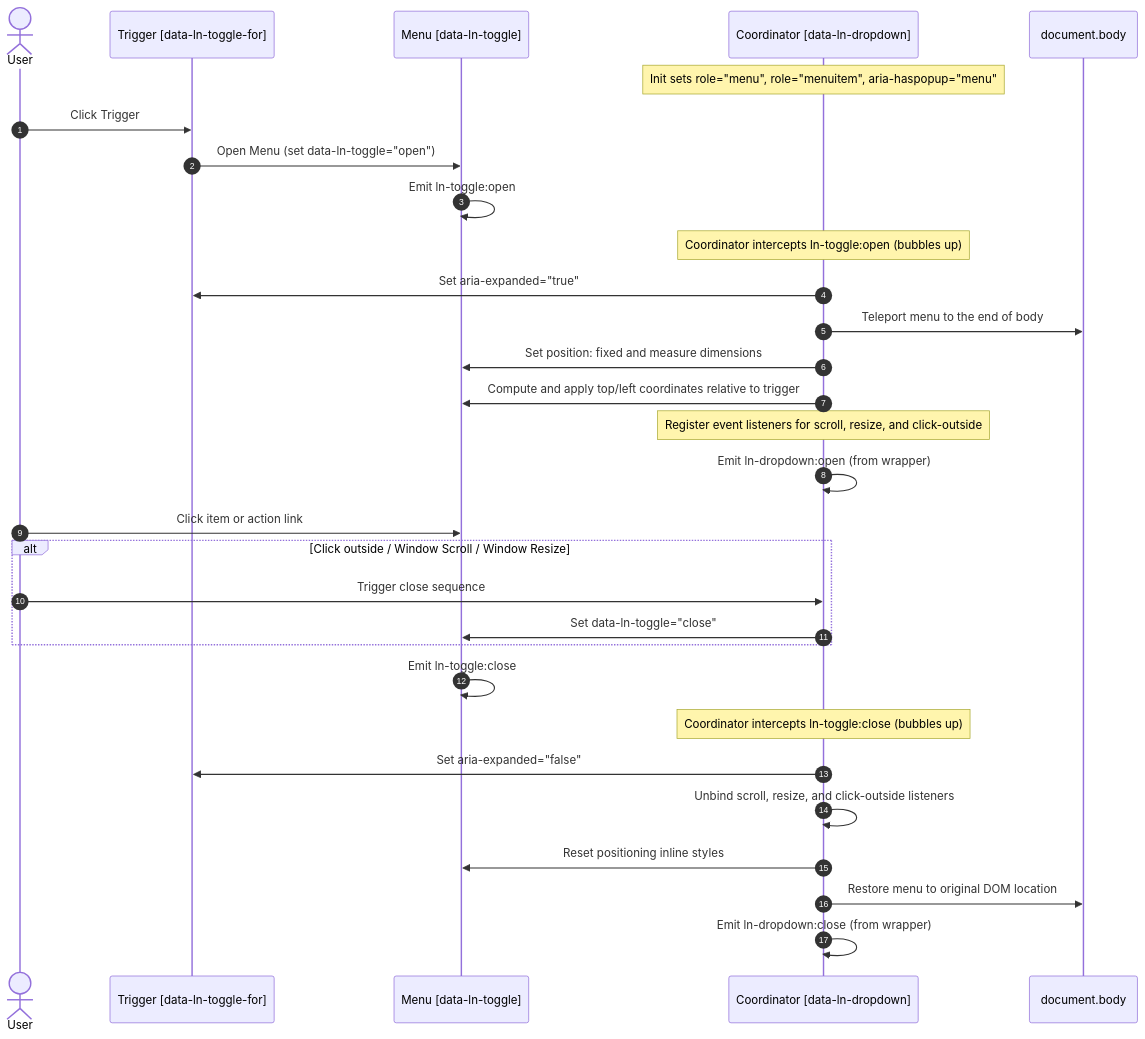
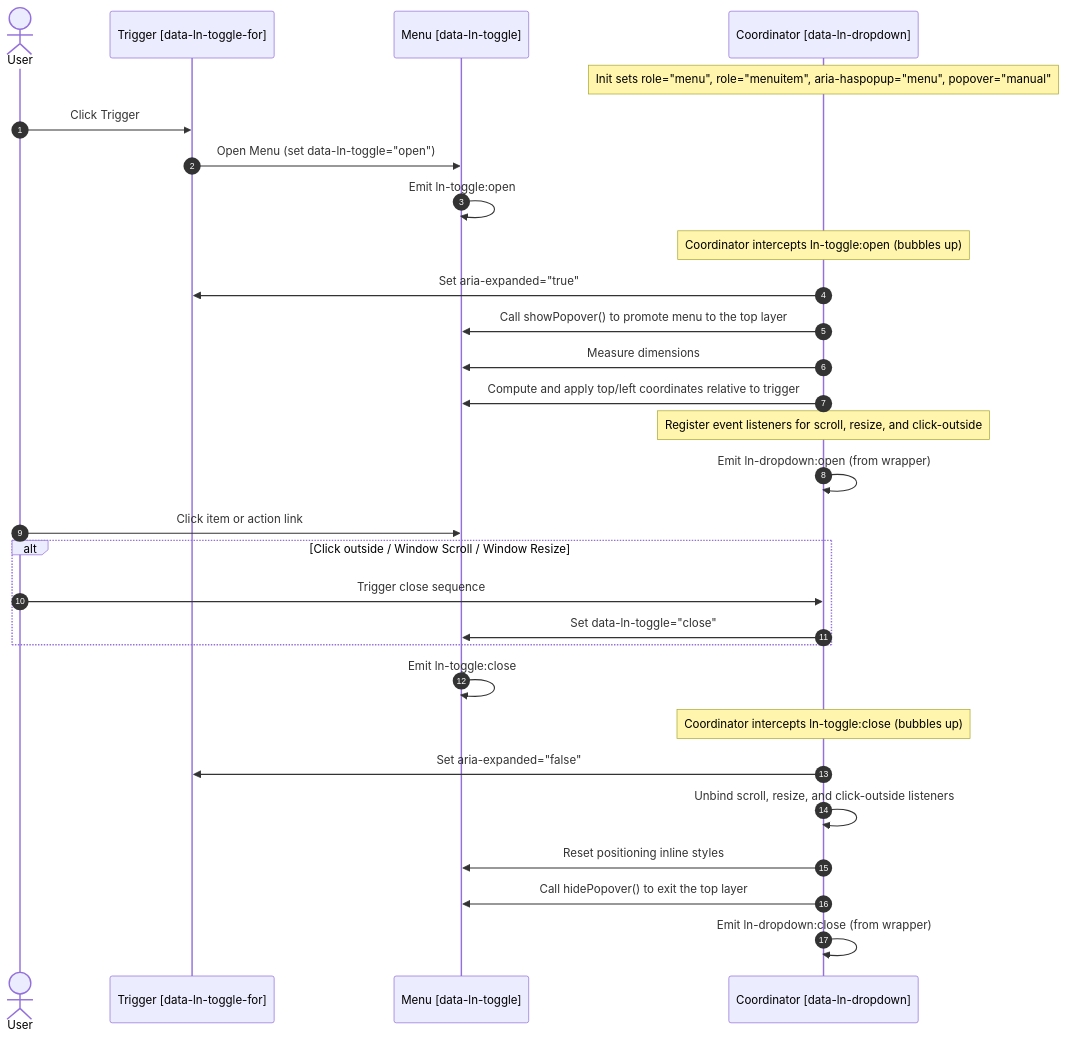
The diagram in docs-mcp/components/ln-dropdown.md (livenetworks/ln-ashlar), drawn with Mermaid before and after one commit. The commit also changed other lines of this file and 110 other files, not shown here.

First line of the commit message:
feat!: native <dialog> top-layer modal + Popover API dropdown/popover — delete teleport & z-index elevation

````diff
--- a/docs-mcp/components/ln-dropdown.md
+++ b/docs-mcp/components/ln-dropdown.md
@@ -341,39 +328,38 @@
 ```mermaid
 sequenceDiagram
     autonumber
     actor User
     participant Trigger as Trigger [data-ln-toggle-for]
     participant Toggle as Menu [data-ln-toggle]
     participant Coordinator as Coordinator [data-ln-dropdown]
-    participant Body as document.body
     
-    Note over Coordinator: Init sets role="menu", role="menuitem", aria-haspopup="menu"
+    Note over Coordinator: Init sets role="menu", role="menuitem", aria-haspopup="menu", popover="manual"
     
     User->>Trigger: Click Trigger
     Trigger->>Toggle: Open Menu (set data-ln-toggle="open")
     Toggle->>Toggle: Emit ln-toggle:open
     
     Note over Coordinator: Coordinator intercepts ln-toggle:open (bubbles up)
     Coordinator->>Trigger: Set aria-expanded="true"
-    Coordinator->>Body: Teleport menu to the end of body
-    Coordinator->>Toggle: Set position: fixed and measure dimensions
+    Coordinator->>Toggle: Call showPopover() to promote menu to the top layer
+    Coordinator->>Toggle: Measure dimensions
     Coordinator->>Toggle: Compute and apply top/left coordinates relative to trigger
     Note over Coordinator: Register event listeners for scroll, resize, and click-outside
     Coordinator->>Coordinator: Emit ln-dropdown:open (from wrapper)
 
     User->>Toggle: Click item or action link
     
     alt Click outside / Window Scroll / Window Resize
         User->>Coordinator: Trigger close sequence
         Coordinator->>Toggle: Set data-ln-toggle="close"
     end
     
     Toggle->>Toggle: Emit ln-toggle:close
     
     Note over Coordinator: Coordinator intercepts ln-toggle:close (bubbles up)
     Coordinator->>Trigger: Set aria-expanded="false"
     Coordinator->>Coordinator: Unbind scroll, resize, and click-outside listeners
     Coordinator->>Toggle: Reset positioning inline styles
-    Coordinator->>Body: Restore menu to original DOM location
+    Coordinator->>Toggle: Call hidePopover() to exit the top layer
     Coordinator->>Coordinator: Emit ln-dropdown:close (from wrapper)
 ```
````
